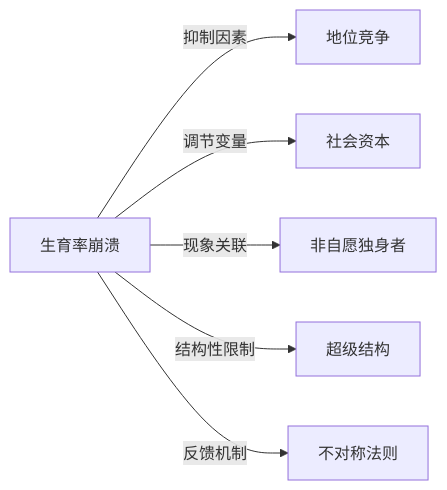
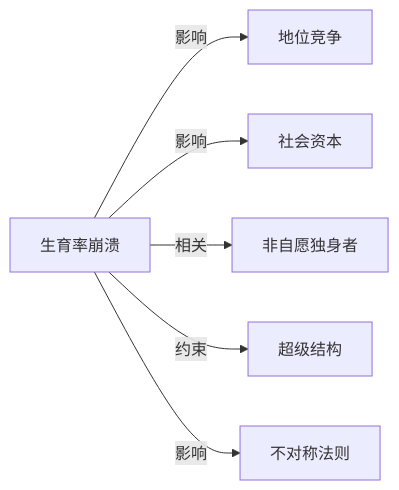
One commit to KIMMCHOW/MyKnowledge changed the diagram in Knowledge/Concepts/人口学/生育率崩溃.md. Above: the diagram before and after it, drawn with Mermaid. The commit also changed 95 other files, not shown here.

Commit message:
reorganize: 统一关系图边标签为11类

````diff
--- a/Knowledge/Concepts/人口学/生育率崩溃.md
+++ b/Knowledge/Concepts/人口学/生育率崩溃.md
@@ -47,8 +47,8 @@
 ```mermaid
 graph LR
-生育率崩溃 -->|抑制因素| 地位竞争
-生育率崩溃 -->|调节变量| 社会资本
-生育率崩溃 -->|现象关联| 非自愿独身者
-生育率崩溃 -->|结构性限制| 超级结构
-生育率崩溃 -->|反馈机制| 不对称法则
+生育率崩溃 -->|影响| 地位竞争
+生育率崩溃 -->|影响| 社会资本
+生育率崩溃 -->|相关| 非自愿独身者
+生育率崩溃 -->|约束| 超级结构
+生育率崩溃 -->|影响| 不对称法则
 ```
````
